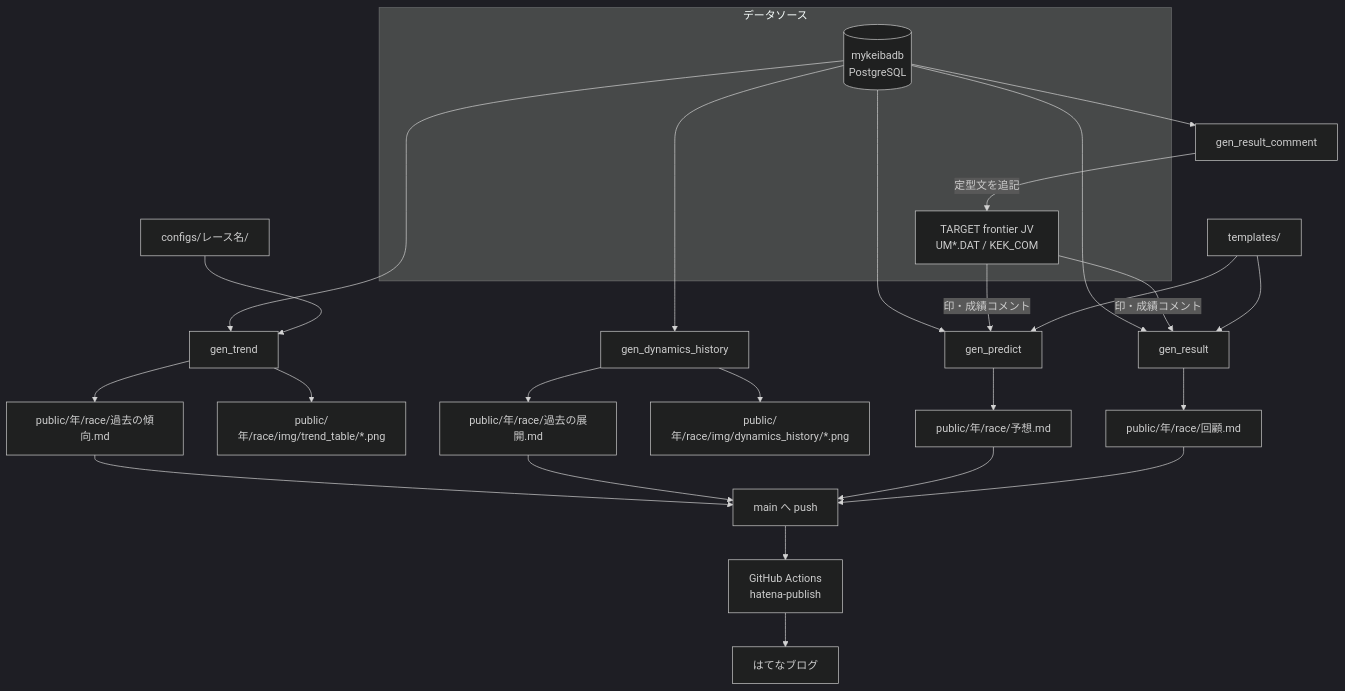
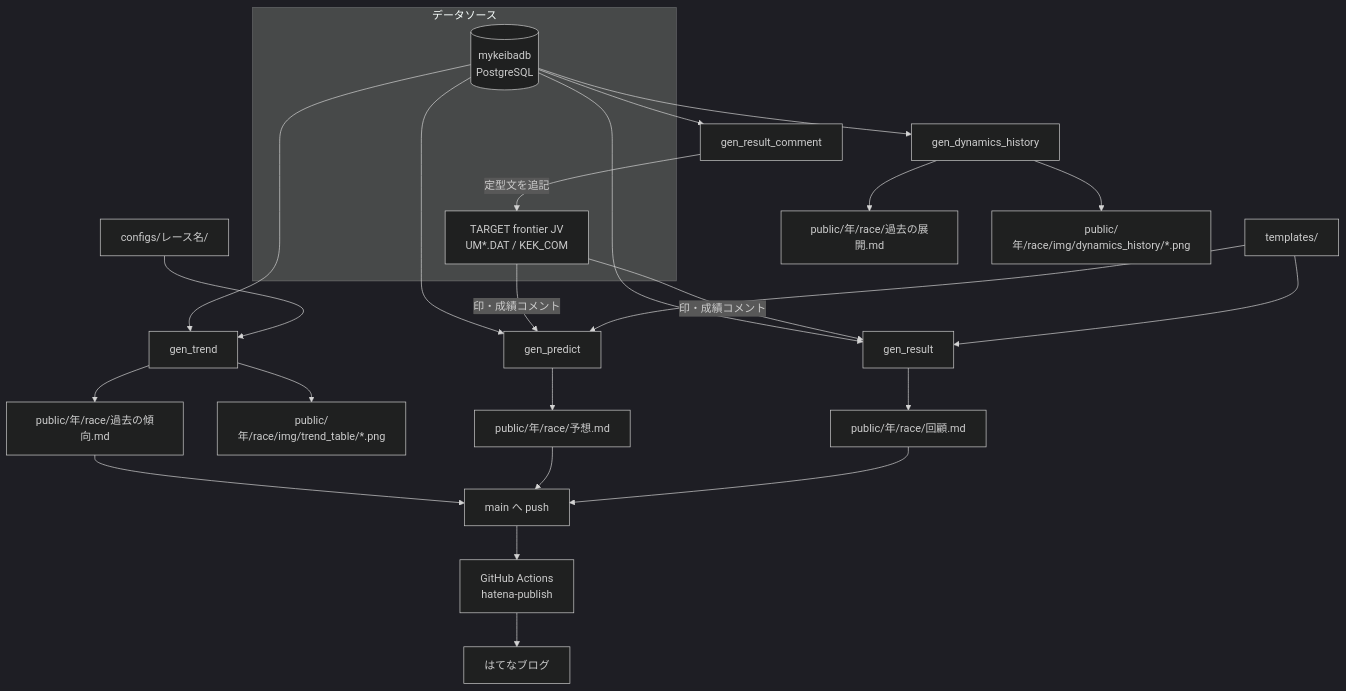
Before and after one commit to Kubo-Tech/g1-predict: the diagram in docs/architecture.md, drawn with Mermaid (dark theme).

Commit message:
過去の展開をはてな投稿の経路から外す
Claude-Session: https://claude.ai/code/session_013umMxdtgyH8WMaSgcJ2Ryg

````diff
--- a/docs/architecture.md
+++ b/docs/architecture.md
@@ -38,38 +38,37 @@
 ```mermaid
 flowchart TD
     subgraph src[データソース]
         DB[(mykeibadb<br/>PostgreSQL)]
         TFJV[TARGET frontier JV<br/>UM*.DAT / KEK_COM]
     end
 
     CFG[configs/レース名/]
     TPL[templates/]
 
     DB --> GT[gen_trend]
     DB --> GDH[gen_dynamics_history]
     DB --> GP[gen_predict]
     DB --> GR[gen_result]
     DB --> GRC[gen_result_comment]
 
     TFJV -- 印・成績コメント --> GP
     TFJV -- 印・成績コメント --> GR
     GRC -- 定型文を追記 --> TFJV
 
     CFG --> GT
     TPL --> GP
     TPL --> GR
 
     GT --> MD1[public/年/race/過去の傾向.md]
     GT --> IMG[public/年/race/img/trend_table/*.png]
     GDH --> MD4[public/年/race/過去の展開.md]
     GDH --> IMG2[public/年/race/img/dynamics_history/*.png]
     GP --> MD2[public/年/race/予想.md]
     GR --> MD3[public/年/race/回顧.md]
 
     MD1 --> PUSH[main へ push]
-    MD4 --> PUSH
     MD2 --> PUSH
     MD3 --> PUSH
     PUSH --> GHA[GitHub Actions<br/>hatena-publish]
     GHA --> BLOG[はてなブログ]
 ```
````
